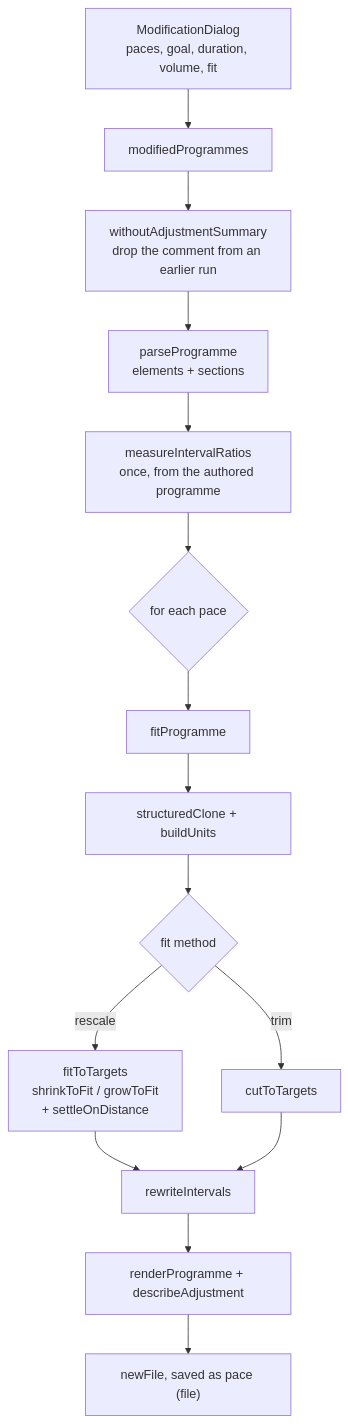
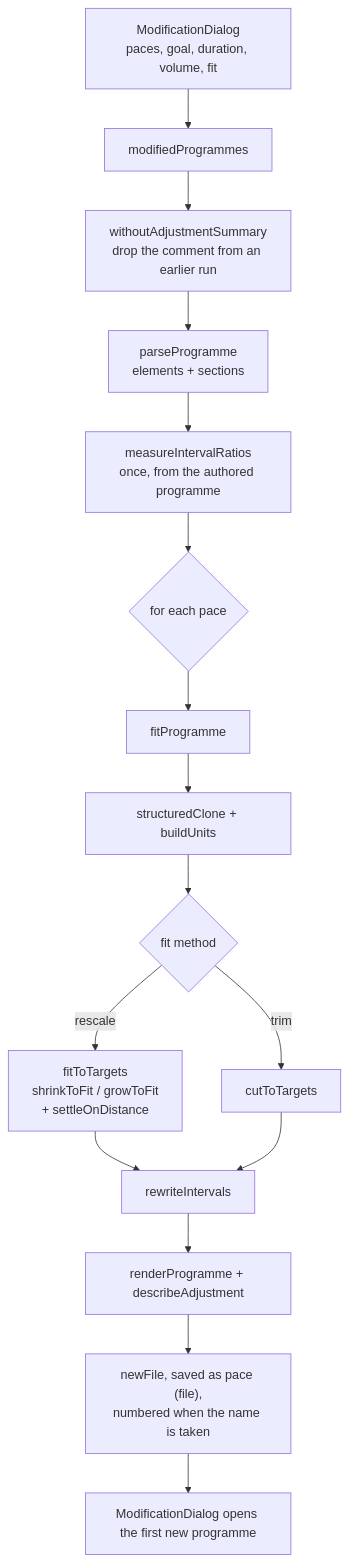
One commit to bartneck/SwimDsl changed the diagram in docs/programme-adjustment.md. Above: the diagram before and after it, drawn with Mermaid. The commit also changed other lines of this file and 3 other files, not shown here.

First line of the commit message:
docs: documentation for final programme-modification code and feature (#82)

````diff
--- a/docs/programme-adjustment.md
+++ b/docs/programme-adjustment.md
@@ -147,17 +153,18 @@
 ```mermaid
 flowchart TD
     D[ModificationDialog<br/>paces, goal, duration, volume, fit] --> M[modifiedProgrammes]
     M --> S[withoutAdjustmentSummary<br/>drop the comment from an earlier run]
     S --> P[parseProgramme<br/>elements + sections]
     P --> R[measureIntervalRatios<br/>once, from the authored programme]
     R --> L{for each pace}
     L --> F[fitProgramme]
     F --> C[structuredClone + buildUnits]
     C --> Q{fit method}
     Q -- rescale --> RS[fitToTargets<br/>shrinkToFit / growToFit<br/>+ settleOnDistance]
     Q -- trim --> TR[cutToTargets]
     RS --> I[rewriteIntervals]
     TR --> I
     I --> O[renderProgramme + describeAdjustment]
-    O --> N["newFile, saved as pace (file)"]
+    O --> N["newFile, saved as pace (file),<br/>numbered when the name is taken"]
+    N --> E[ModificationDialog opens the first new programme]
 ```
````
